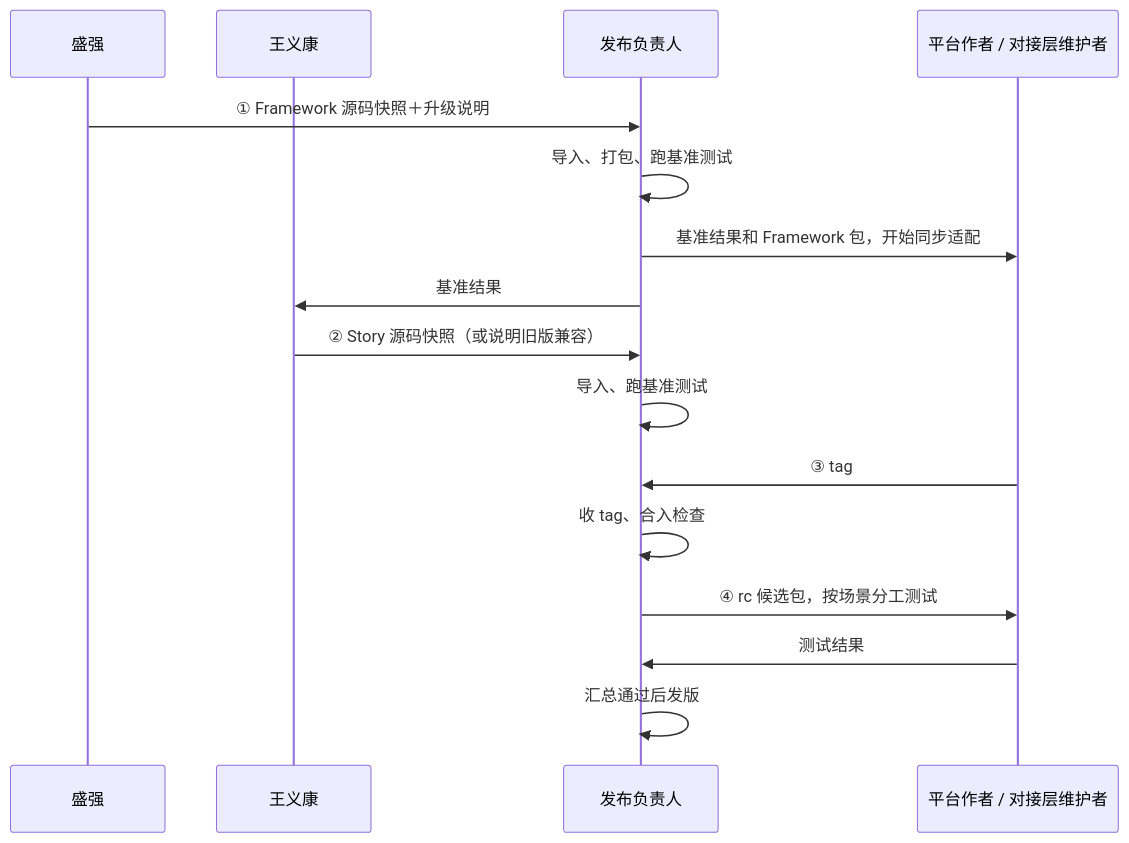
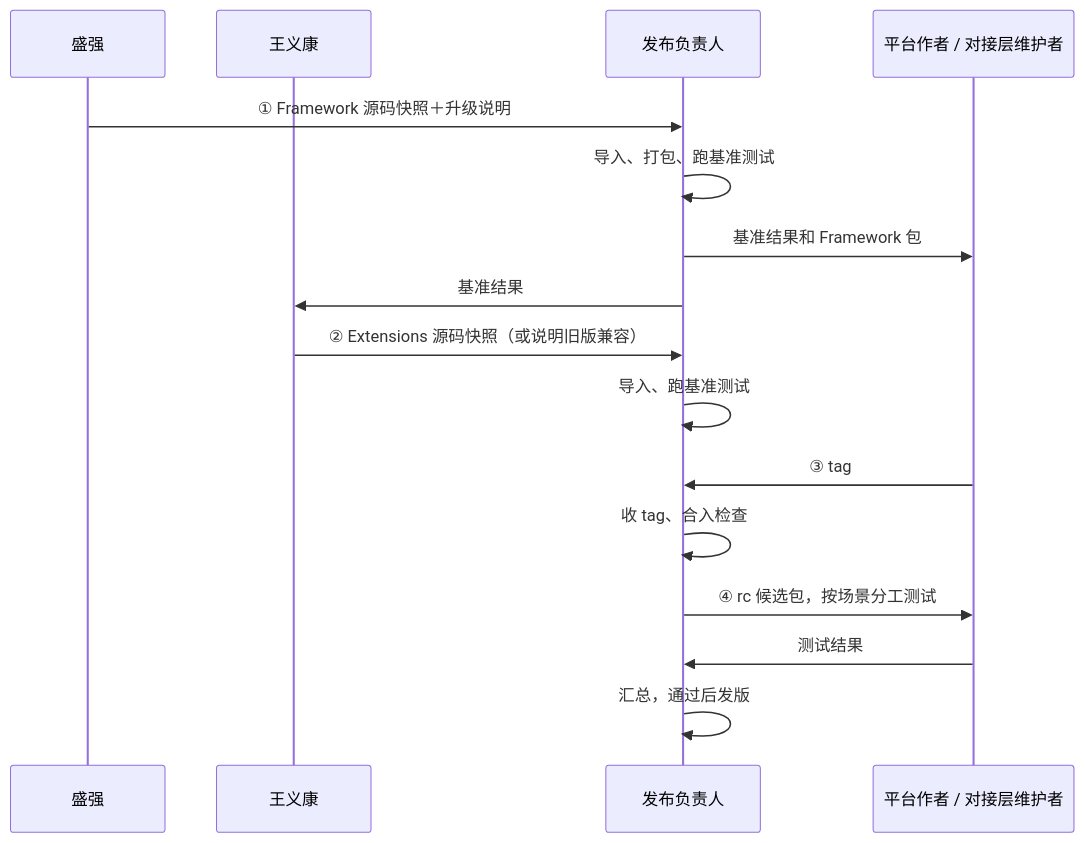
One commit to sqsqsq/SimulatedWalletForHmos changed the second of 3 diagrams in doc/project/2026-10-20-Maison共建讨论/08-Maison共建方案：谁做什么、东西怎么流转、怎么发版.md. Above: the diagram before and after it, drawn with Mermaid. The commit also changed other lines of this file and 2 other files, not shown here.

Commit message:
docs: Maison 共建 08 整体重写——部件统称 Extensions（发布仓与发行包目录 extensions/，对接层仓 maison-adapters；/story adapt 与 story-1.0/story 分支保留真实名）；按 总览→人→约束→部件与版本线→仓库→发布物与安装→四步→并行→其他场景→外网配合→首批→未决 重排，安装只在 §6.4、外网配合只在 §10，删去多轮叠加的重复与过时说法；§13 收为用户纠正、被更正判断、事实、07 取舍、场景覆盖五表

````diff
--- a/doc/project/2026-10-20-Maison共建讨论/08-Maison共建方案：谁做什么、东西怎么流转、怎么发版.md
+++ b/doc/project/2026-10-20-Maison共建讨论/08-Maison共建方案：谁做什么、东西怎么流转、怎么发版.md
@@ -270,18 +293,18 @@
 ```mermaid
 sequenceDiagram
     participant 盛强
     participant 王义康
     participant 发布负责人
     participant 部件作者 as 平台作者 / 对接层维护者
     盛强->>发布负责人: ① Framework 源码快照＋升级说明
     发布负责人->>发布负责人: 导入、打包、跑基准测试
-    发布负责人->>部件作者: 基准结果和 Framework 包，开始同步适配
+    发布负责人->>部件作者: 基准结果和 Framework 包
     发布负责人->>王义康: 基准结果
-    王义康->>发布负责人: ② Story 源码快照（或说明旧版兼容）
+    王义康->>发布负责人: ② Extensions 源码快照（或说明旧版兼容）
     发布负责人->>发布负责人: 导入、跑基准测试
     部件作者->>发布负责人: ③ tag
     发布负责人->>发布负责人: 收 tag、合入检查
     发布负责人->>部件作者: ④ rc 候选包，按场景分工测试
     部件作者->>发布负责人: 测试结果
-    发布负责人->>发布负责人: 汇总通过后发版
+    发布负责人->>发布负责人: 汇总，通过后发版
 ```
````
